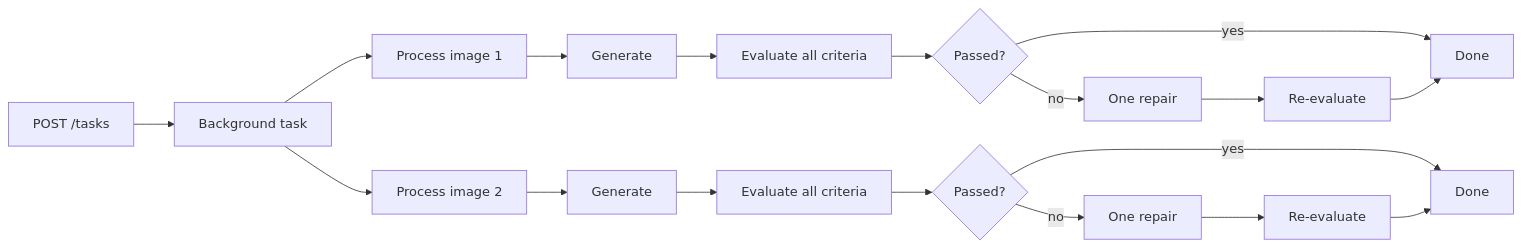
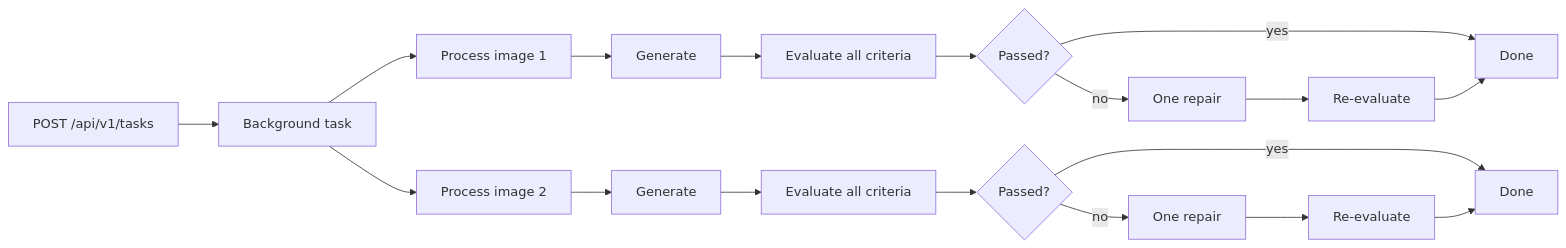
The diagram in DESIGN.md (JohanDybkjaer/neurons_mvp), drawn with Mermaid before and after one commit. The commit also changed other lines of this file and 10 other files, not shown here.

````diff
--- a/DESIGN.md
+++ b/DESIGN.md
@@ -150,12 +155,12 @@
 ```mermaid
 flowchart LR
-    POST["POST /tasks"] --> BG["Background task"]
+    POST["POST /api/v1/tasks"] --> BG["Background task"]
     BG --> I1["Process image 1"]
     BG --> I2["Process image 2"]
     I1 --> G1["Generate"] --> E1["Evaluate all criteria"] --> R1{"Passed?"}
     I2 --> G2["Generate"] --> E2["Evaluate all criteria"] --> R2{"Passed?"}
     R1 -->|yes| D1["Done"]
     R2 -->|yes| D2["Done"]
     R1 -->|no| F1["One repair"] --> E1B["Re-evaluate"] --> D1
     R2 -->|no| F2["One repair"] --> E2B["Re-evaluate"] --> D2
 ```
````
